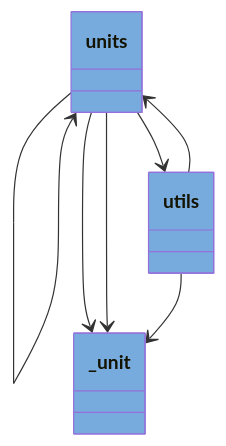
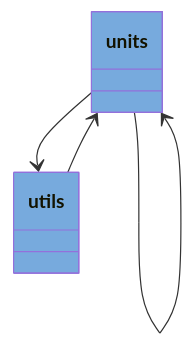
One commit to voidsy-gmbh/pyThermoNDT changed the diagram in docs/pyreverse/mermaid/packages_pythermondt.data.units.mmd. Above: the diagram before and after it, drawn with Mermaid. The commit also changed 12 other files, not shown here.

```diff
--- a/docs/pyreverse/mermaid/packages_pythermondt.data.units.mmd
+++ b/docs/pyreverse/mermaid/packages_pythermondt.data.units.mmd
@@ -1,19 +1,13 @@
 classDiagram
   class units {
   }
   style units fill:#77AADD
-  class _unit {
-  }
-  style _unit fill:#77AADD
   class units {
   }
   style units fill:#77AADD
   class utils {
   }
   style utils fill:#77AADD
   units --> units
-  units --> _unit
   units --> utils
-  units --> _unit
-  utils --> _unit
   utils --> units
```
